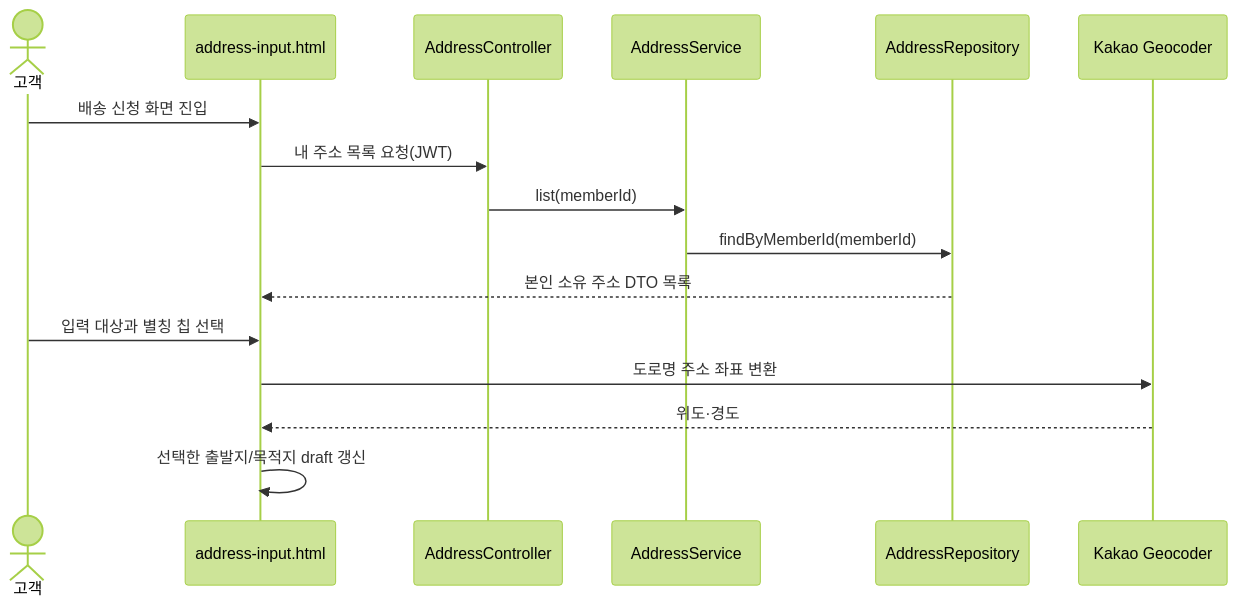
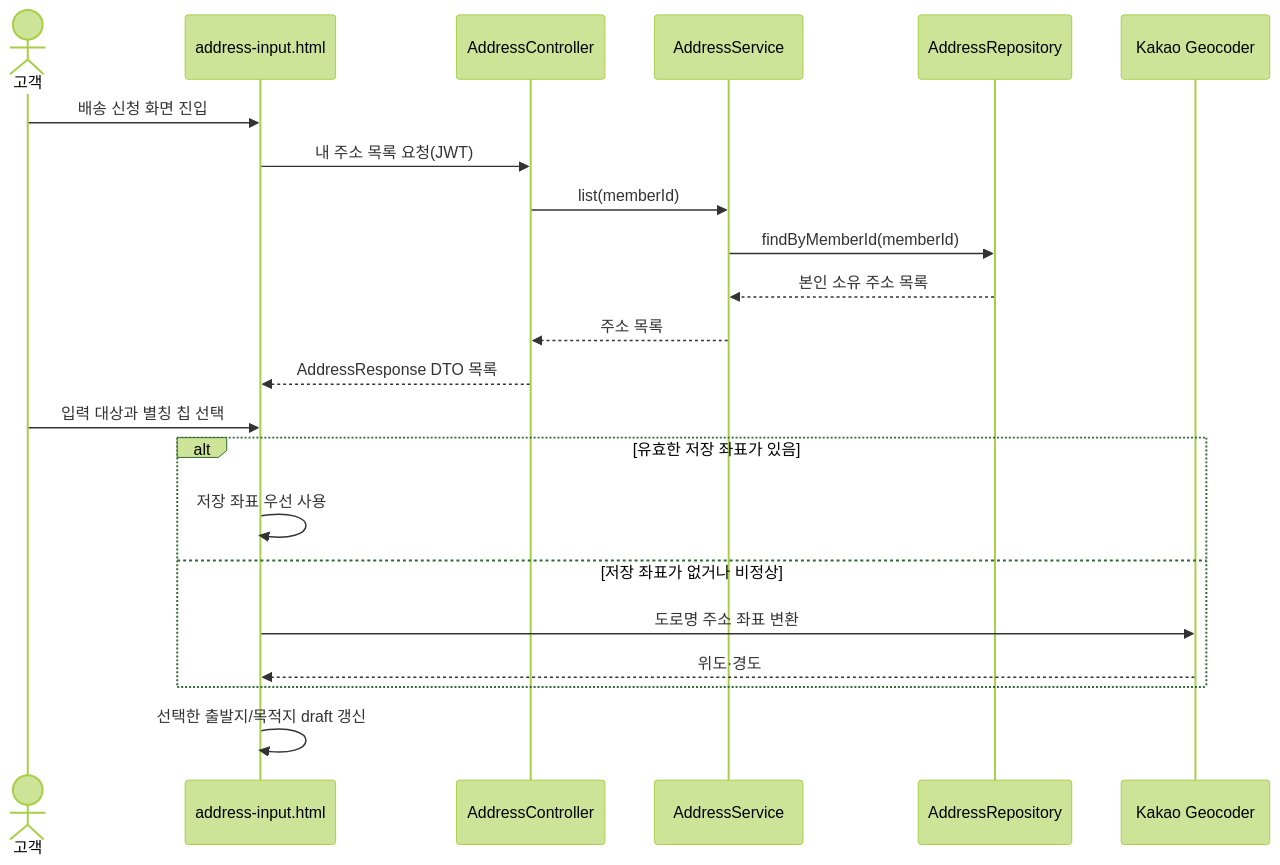
The diagram in docs/design/address-quick-chips-design.md (ShinhanDSProject/shinhan-delivery), drawn with Mermaid (forest theme) before and after one commit. The commit also changed other lines of this file and 4 other files, not shown here.

````diff
--- a/docs/design/address-quick-chips-design.md
+++ b/docs/design/address-quick-chips-design.md
@@ -15,19 +15,25 @@
 ```mermaid
 sequenceDiagram
     actor Customer as 고객
     participant Page as address-input.html
     participant API as AddressController
     participant Service as AddressService
     participant Repo as AddressRepository
     participant Geo as Kakao Geocoder
 
     Customer->>Page: 배송 신청 화면 진입
     Page->>API: 내 주소 목록 요청(JWT)
     API->>Service: list(memberId)
     Service->>Repo: findByMemberId(memberId)
-    Repo-->>Page: 본인 소유 주소 DTO 목록
+    Repo-->>Service: 본인 소유 주소 목록
+    Service-->>API: 주소 목록
+    API-->>Page: AddressResponse DTO 목록
     Customer->>Page: 입력 대상과 별칭 칩 선택
-    Page->>Geo: 도로명 주소 좌표 변환
-    Geo-->>Page: 위도·경도
+    alt 유효한 저장 좌표가 있음
+        Page->>Page: 저장 좌표 우선 사용
+    else 저장 좌표가 없거나 비정상
+        Page->>Geo: 도로명 주소 좌표 변환
+        Geo-->>Page: 위도·경도
+    end
     Page->>Page: 선택한 출발지/목적지 draft 갱신
 ```
````
